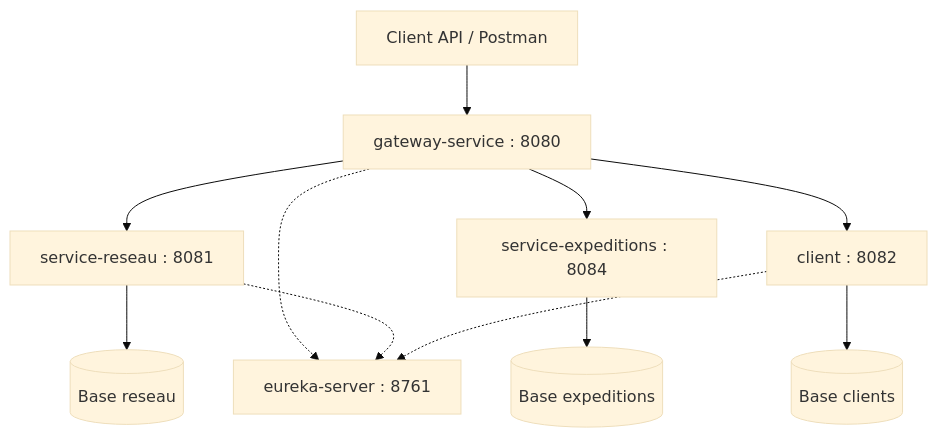
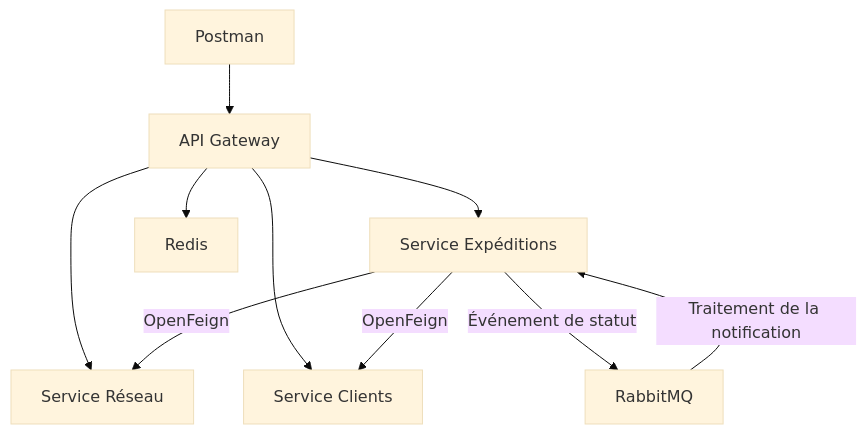
The diagram in README.md (azizyy1/quick-ship), drawn with Mermaid (base theme) before and after one commit. The commit also changed other lines of this file, not shown here.

````diff
--- a/README.md
+++ b/README.md
@@ -144,16 +29,12 @@
 ```mermaid
 flowchart TB
-    Client["Client API / Postman"] --> Gateway["gateway-service : 8080"]
-
-    Gateway --> Reseau["service-reseau : 8081"]
-    Gateway --> Expeditions["service-expeditions : 8084"]
-    Gateway --> Clients["client : 8082"]
-
-    Reseau --> DBReseau[("Base reseau")]
-    Expeditions --> DBExpeditions[("Base expeditions")]
-    Clients --> DBClients[("Base clients")]
-
-    Gateway -.-> Eureka["eureka-server : 8761"]
-    Reseau -.-> Eureka
-    Clients -.-> Eureka
+    Postman --> Gateway["API Gateway"]
+    Gateway --> Reseau["Service Réseau"]
+    Gateway --> Clients["Service Clients"]
+    Gateway --> Expeditions["Service Expéditions"]
+    Gateway --> Redis["Redis"]
+    Expeditions -->|OpenFeign| Reseau
+    Expeditions -->|OpenFeign| Clients
+    Expeditions -->|Événement de statut| RabbitMQ["RabbitMQ"]
+    RabbitMQ -->|Traitement de la notification| Expeditions
 ```
````
